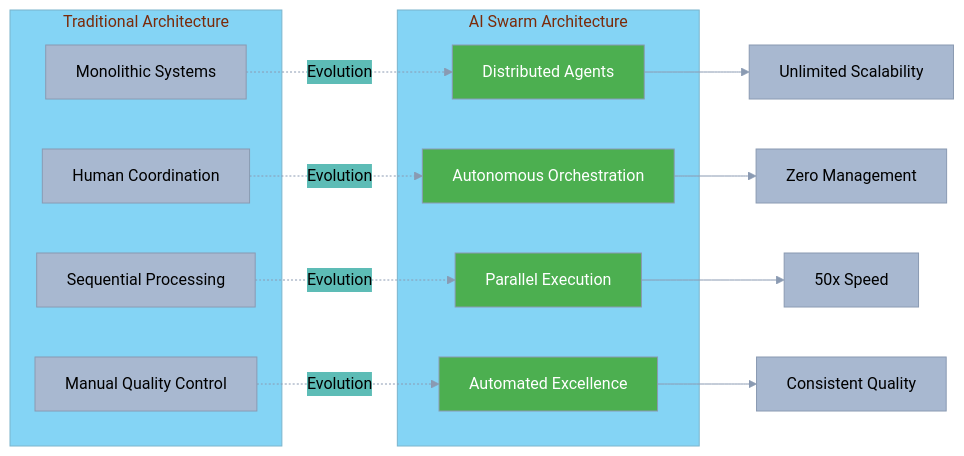
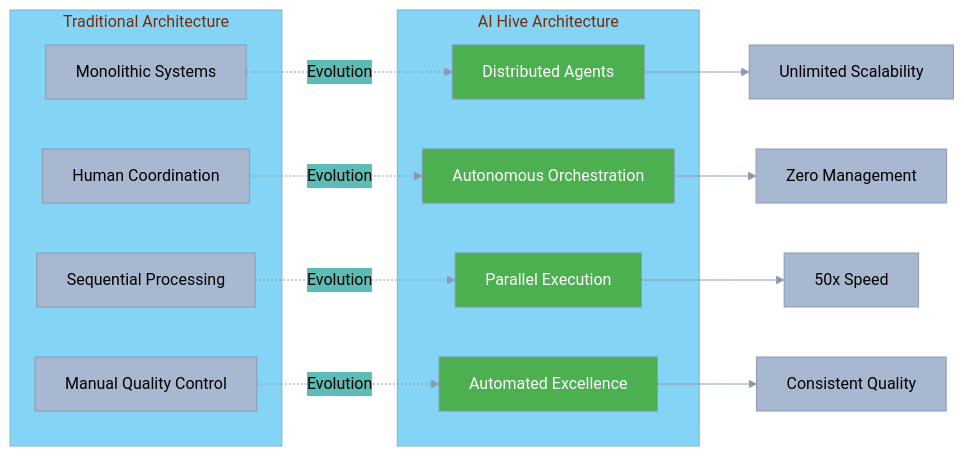
Before and after one commit to o2alexanderfedin/AI-Hive-Business-Docs: the sixth of 9 diagrams in business-documents/competitive-positioning/03-differentiation-strategy.md, drawn with Mermaid. The commit also changed other lines of this file and 22 other files, not shown here.

First line of the commit message:
Replace all references from 'AI Swarm' to 'AI Hive' across project

````diff
--- a/business-documents/competitive-positioning/03-differentiation-strategy.md
+++ b/business-documents/competitive-positioning/03-differentiation-strategy.md
@@ -416,43 +416,43 @@
 ```mermaid
 %%{init: {
   'theme': 'base',
   'themeVariables': {
     'primaryColor': '#A8B8D0',
     'primaryTextColor': '#000000',
     'primaryBorderColor': '#8A9AB2',
     'lineColor': '#8A9AB2',
     'secondaryColor': '#5DBCB6',
     'tertiaryColor': '#84D4F5',
     'background': '#F5F5F5'
   }
 }}%%
 graph LR
     subgraph "Traditional Architecture"
         T1[Monolithic Systems]
         T2[Human Coordination]
         T3[Sequential Processing]
         T4[Manual Quality Control]
     end
 
-    subgraph "AI Swarm Architecture"
+    subgraph "AI Hive Architecture"
         A1[Distributed Agents]
         A2[Autonomous Orchestration]
         A3[Parallel Execution]
         A4[Automated Excellence]
     end
 
     T1 -.->|Evolution| A1
     T2 -.->|Evolution| A2
     T3 -.->|Evolution| A3
     T4 -.->|Evolution| A4
 
     A1 --> R1[Unlimited Scalability]
     A2 --> R2[Zero Management]
     A3 --> R3[50x Speed]
     A4 --> R4[Consistent Quality]
 
     style A1 fill:#4CAF50,color:#fff
     style A2 fill:#4CAF50,color:#fff
     style A3 fill:#4CAF50,color:#fff
     style A4 fill:#4CAF50,color:#fff
 ```
````
